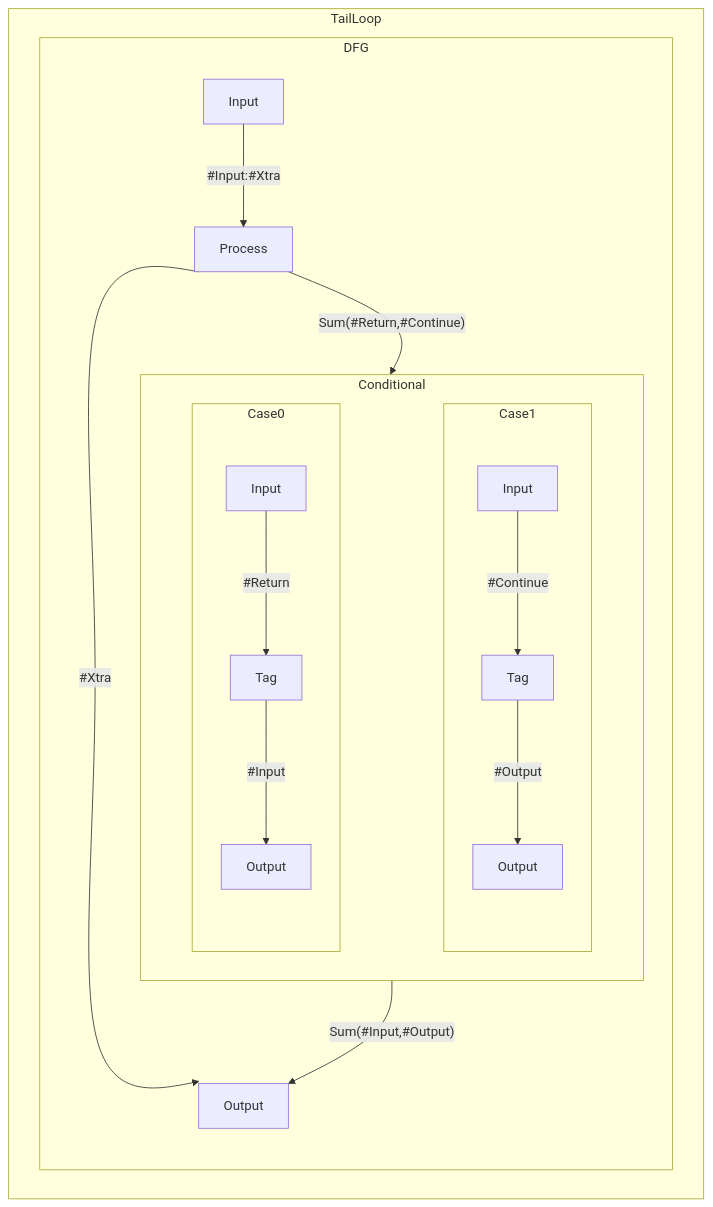
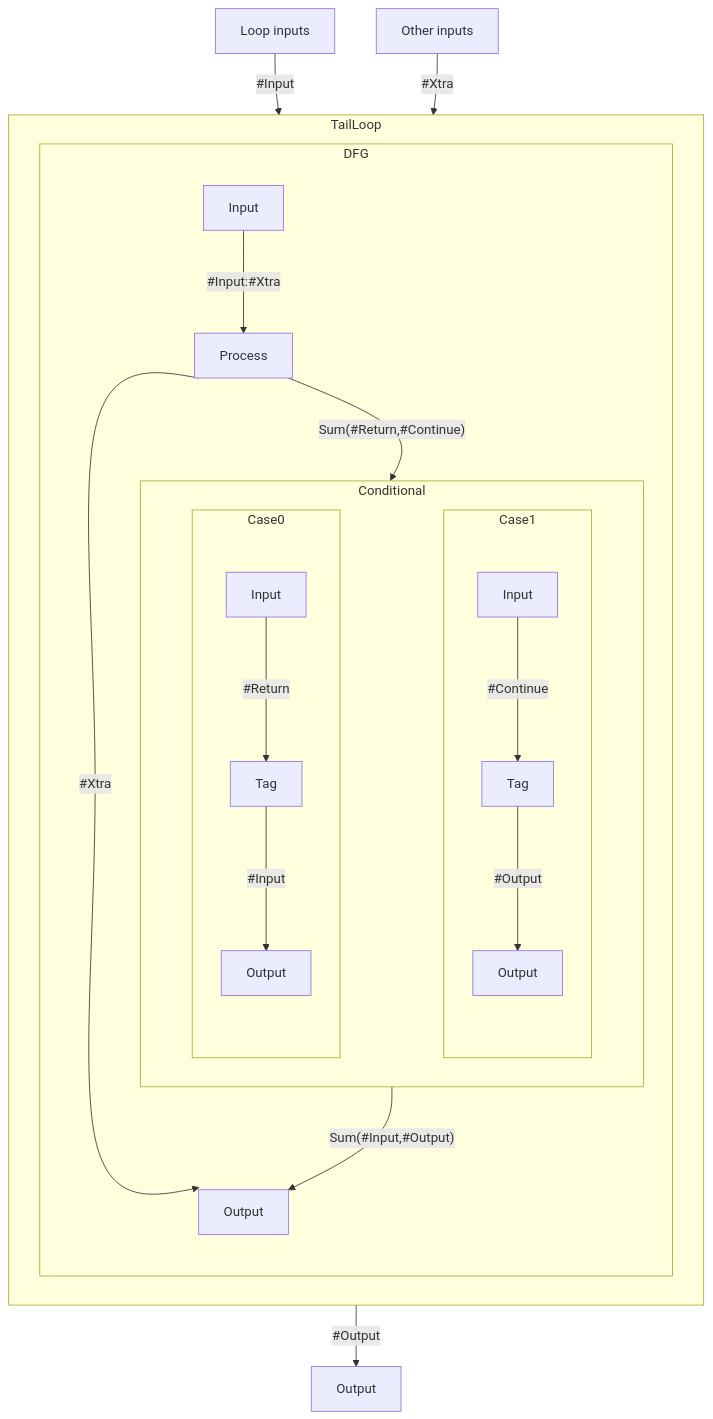
Before and after one commit to Quantinuum/hugr: the fourth of 7 diagrams in specification/hugr.md, drawn with Mermaid.

Commit message:
Add external inputs, outputs

````diff
--- a/specification/hugr.md
+++ b/specification/hugr.md
@@ -394,42 +394,48 @@
 ```mermaid
 flowchart TB
  subgraph Case0["Case0"]
         TI0["Input"]
         TIT["Tag"]
         TO0["Output"]
   end
  subgraph Case1["Case1"]
         TI1["Input"]
         TIT1["Tag"]
         TO1["Output"]
   end
  subgraph Conditional["Conditional"]
     direction LR
         Case0
         Case1
   end
  subgraph DFG["DFG"]
         Process["Process"]
         Conditional
         CI["Input"]
         CO["Output"]
   end
  subgraph TailLoop["TailLoop"]
     direction LR
         DFG
   end
-    TI0 -- #Return --> TIT
-    TIT -- #Input --> TO0
-    TI1 -- #Continue --> TIT1
-    TIT1 -- #Output --> TO1
-    Case0 ~~~ Case1
-    Process L_Process_CO_0@-- #Xtra --> CO
-    CI L_CI_Process_0@-- #Input:#Xtra --> Process
-    Process L_Process_Conditional_0@-- Sum(#Return,#Continue) --> Conditional
-    Conditional -- Sum(#Input,#Output) --> CO
 
+ 0["Loop inputs"]
+ 1["Other inputs"]
+ 2["Output"]
+ 0 -- #Input --> TailLoop
+ 1 -- #Xtra --> TailLoop
+ TailLoop -- #Output --> 2
+ TI0 -- #Return --> TIT
+ TIT -- #Input --> TO0
+ TI1 -- #Continue --> TIT1
+ TIT1 -- #Output --> TO1
+ Case0 ~~~ Case1
+ Process L_Process_CO_0@-- #Xtra --> CO
+ CI L_CI_Process_0@-- #Input:#Xtra --> Process
+ Process L_Process_Conditional_0@-- Sum(#Return,#Continue) --> Conditional
+ Conditional -- Sum(#Input,#Output) --> CO
 
-    L_Process_CO_0@{ curve: natural }
-    L_CI_Process_0@{ curve: natural }
-    L_Process_Conditional_0@{ curve: natural }
+ L_Process_CO_0@{ curve: natural }
+ L_CI_Process_0@{ curve: natural }
+ L_Process_Conditional_0@{ curve: natural }
 ```
````
